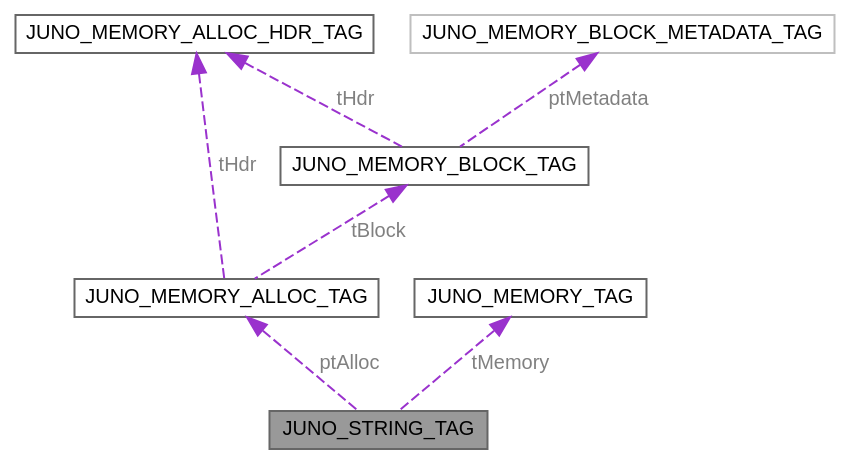
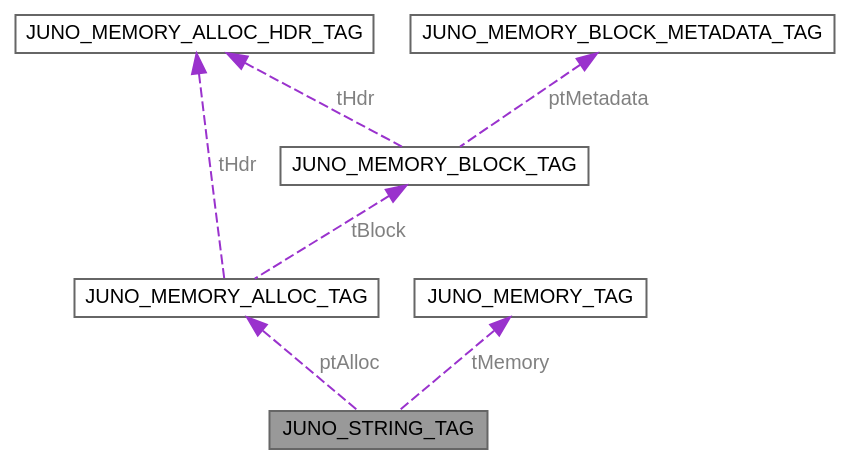
The diagram in structJUNO__STRING__TAG__coll__graph.dot (robinonsay/libjuno), drawn with Graphviz before and after one commit. The commit also changed 290 other files, not shown here.

```diff
--- a/structJUNO__STRING__TAG__coll__graph.dot
+++ b/structJUNO__STRING__TAG__coll__graph.dot
@@ -1,19 +1,19 @@
 digraph "JUNO_STRING_TAG"
 {
  // LATEX_PDF_SIZE
   bgcolor="transparent";
   edge [fontname=Helvetica,fontsize=10,labelfontname=Helvetica,labelfontsize=10];
   node [fontname=Helvetica,fontsize=10,shape=box,height=0.2,width=0.4];
   Node1 [id="Node000001",label="JUNO_STRING_TAG",height=0.2,width=0.4,color="gray40", fillcolor="grey60", style="filled", fontcolor="black",tooltip=" "];
   Node2 -> Node1 [id="edge1_Node000001_Node000002",dir="back",color="darkorchid3",style="dashed",tooltip=" ",label=" ptAlloc",fontcolor="grey" ];
   Node2 [id="Node000002",label="JUNO_MEMORY_ALLOC_TAG",height=0.2,width=0.4,color="gray40", fillcolor="white", style="filled",URL="$unionJUNO__MEMORY__ALLOC__TAG.html",tooltip="Union for a generic memory allocation. Accommodates various allocation types, currently including blo..."];
   Node3 -> Node2 [id="edge2_Node000002_Node000003",dir="back",color="darkorchid3",style="dashed",tooltip=" ",label=" tHdr",fontcolor="grey" ];
   Node3 [id="Node000003",label="JUNO_MEMORY_ALLOC_HDR_TAG",height=0.2,width=0.4,color="gray40", fillcolor="white", style="filled",URL="$structJUNO__MEMORY__ALLOC__HDR__TAG.html",tooltip="Structure for memory allocation header. Contains general information including the type of allocation..."];
   Node4 -> Node2 [id="edge3_Node000002_Node000004",dir="back",color="darkorchid3",style="dashed",tooltip=" ",label=" tBlock",fontcolor="grey" ];
   Node4 [id="Node000004",label="JUNO_MEMORY_BLOCK_TAG",height=0.2,width=0.4,color="gray40", fillcolor="white", style="filled",URL="$structJUNO__MEMORY__BLOCK__TAG.html",tooltip="Structure representing a block-based memory allocator. Manages a fixed-size memory area along with as..."];
   Node3 -> Node4 [id="edge4_Node000004_Node000003",dir="back",color="darkorchid3",style="dashed",tooltip=" ",label=" tHdr",fontcolor="grey" ];
   Node5 -> Node4 [id="edge5_Node000004_Node000005",dir="back",color="darkorchid3",style="dashed",tooltip=" ",label=" ptMetadata",fontcolor="grey" ];
-  Node5 [id="Node000005",label="JUNO_MEMORY_BLOCK_METADATA_TAG",height=0.2,width=0.4,color="grey75", fillcolor="white", style="filled",URL="$structJUNO__MEMORY__BLOCK__METADATA__TAG.html",tooltip=" "];
+  Node5 [id="Node000005",label="JUNO_MEMORY_BLOCK_METADATA_TAG",height=0.2,width=0.4,color="gray40", fillcolor="white", style="filled",URL="$structJUNO__MEMORY__BLOCK__METADATA__TAG.html",tooltip=" "];
   Node6 -> Node1 [id="edge6_Node000001_Node000006",dir="back",color="darkorchid3",style="dashed",tooltip=" ",label=" tMemory",fontcolor="grey" ];
   Node6 [id="Node000006",label="JUNO_MEMORY_TAG",height=0.2,width=0.4,color="gray40", fillcolor="white", style="filled",URL="$structJUNO__MEMORY__TAG.html",tooltip="Structure for an allocated memory segment. Describes the allocated memory with a pointer to the start..."];
 }
```
